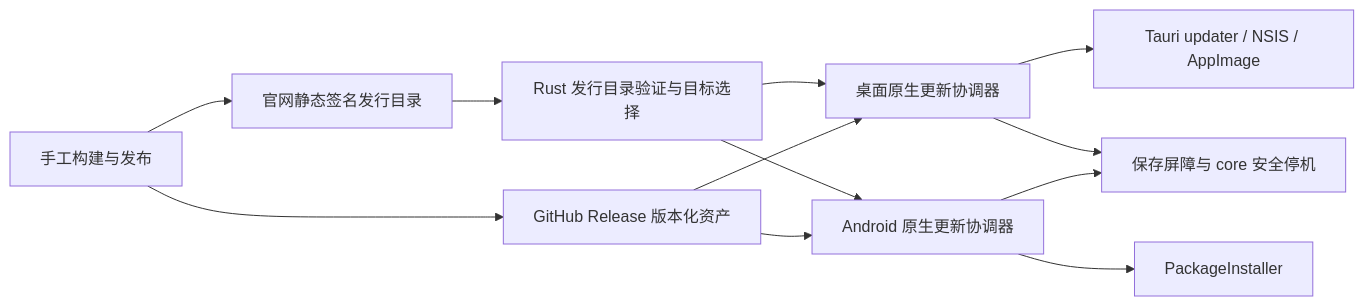
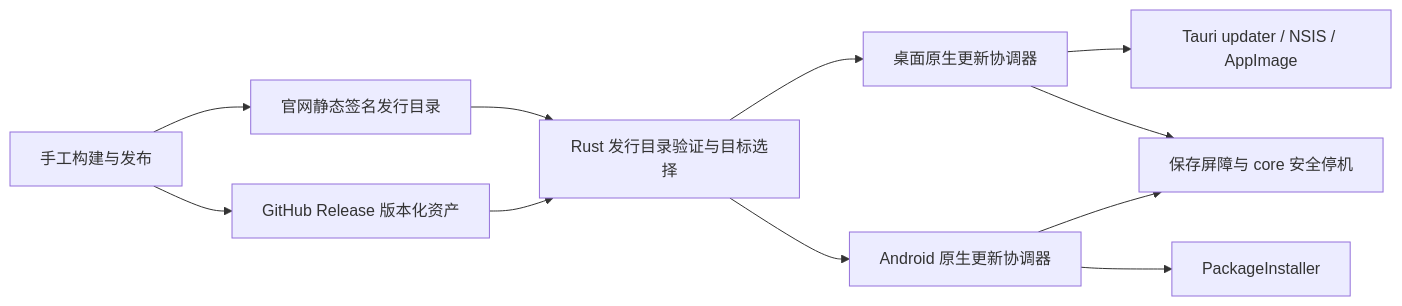
The diagram in docs/automatic-update-design.md (Koril33/djhx-memo), drawn with Mermaid before and after one commit. The commit also changed other lines of this file and 61 other files, not shown here.

````diff
--- a/docs/automatic-update-design.md
+++ b/docs/automatic-update-design.md
@@ -36,14 +36,13 @@
 ```mermaid
 flowchart LR
   P[手工构建与发布] --> G[GitHub Release 版本化资产]
   P --> S[官网静态签名发行目录]
   S --> V[Rust 发行目录验证与目标选择]
   V --> D[桌面原生更新协调器]
   V --> A[Android 原生更新协调器]
-  G --> D
-  G --> A
+  G --> V
   D --> T[Tauri updater / NSIS / AppImage]
   A --> I[PackageInstaller]
   D --> B[保存屏障与 core 安全停机]
   A --> B
 ```
````
